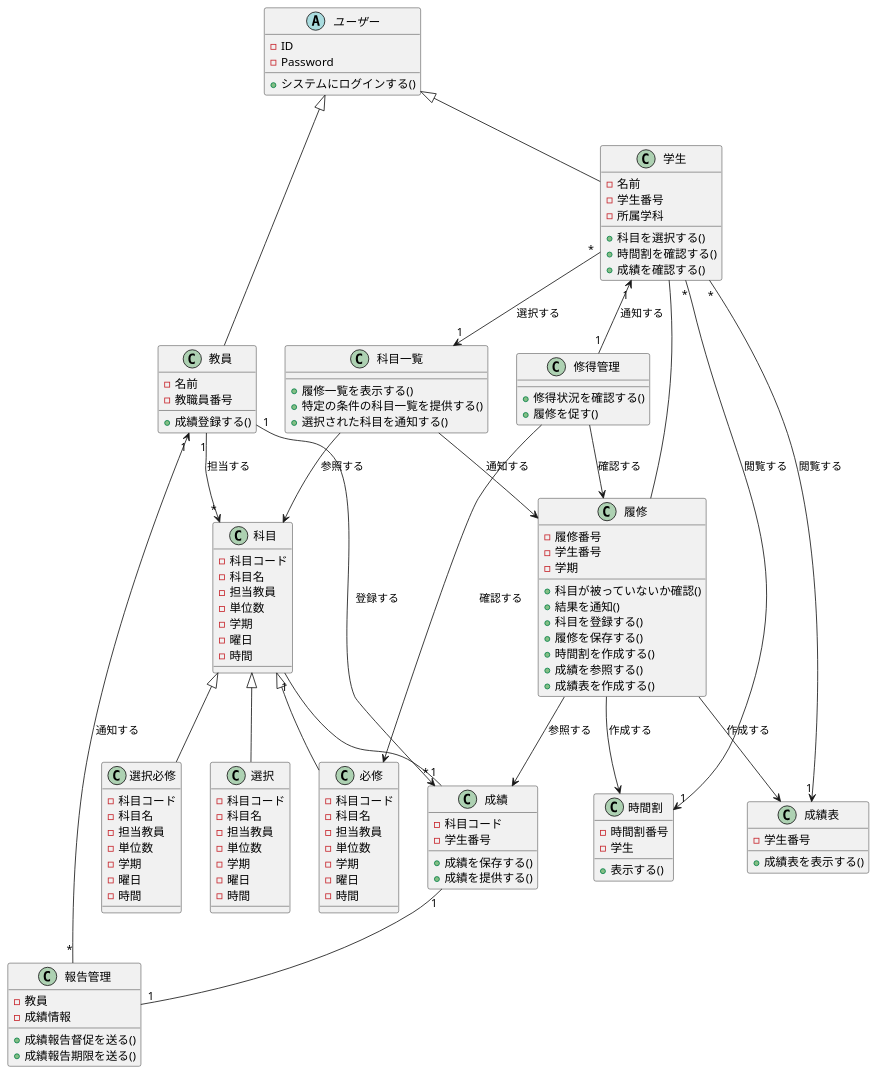
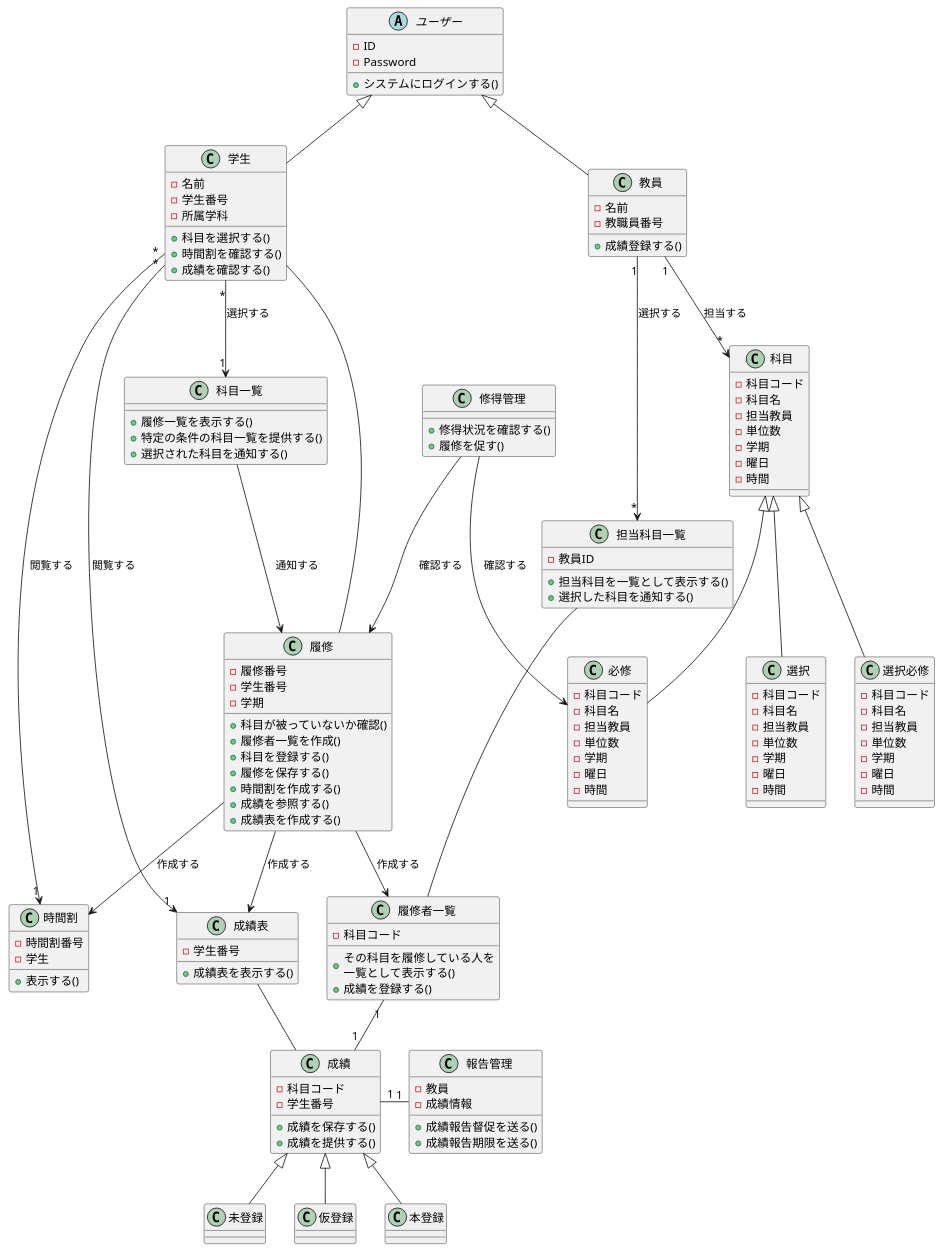
Before and after one commit to tanusai646/software-desine: the diagram in uml/15/class1.puml, drawn with PlantUML. The commit also changed 1 other file, not shown here.

Commit message:
クラス図よくわからなくなってる

```diff
--- a/uml/15/class1.puml
+++ b/uml/15/class1.puml
@@ -1,155 +1,186 @@
 @startuml クラス図1
 '分析段階のクラス図'
 
 
 'クラス'
 abstract ユーザー{
     - ID
     - Password
     + システムにログインする()
 }
 
 '学生クラスは学生の名前や学生番号が属性として保存されている．
 '科目の選択や時間割を確認等の動作を行う
 class 学生{
     - 名前
     - 学生番号
     - 所属学科
     + 科目を選択する()
     + 時間割を確認する()
     + 成績を確認する()
 }
 
 class 教員{
     - 名前
     - 教職員番号
     + 成績登録する()
 }
 
 '履修クラスはある学生がどの科目を履修したかを表すクラスである．学生毎に作成されることを想定している
 'このクラスで成績表や時間割が作成されることを想定している．
 '成績クラスを参照し，成績も一緒に保存することを想定する
 class 履修{
     - 履修番号
     - 学生番号
     - 学期
     + 科目が被っていないか確認()
-    + 結果を通知()
+    + 履修者一覧を作成()
     + 科目を登録する()
     + 履修を保存する()
     + 時間割を作成する()
     + 成績を参照する()
     + 成績表を作成する()
 }
 
 '科目一覧クラスは科目クラスを参照し特定(曜日や時間)で合致する科目を一覧と表示や選択された科目を通知するクラスである．
 class 科目一覧{
     + 履修一覧を表示する()
     + 特定の条件の科目一覧を提供する()
     + 選択された科目を通知する()
+}
+
+'担当科目一覧は教員が担当している科目を一覧として表示するために使用するクラスである．
+class 担当科目一覧{
+    - 教員ID
+    + 担当科目を一覧として表示する()
+    + 選択した科目を通知する()
+}
+
+class 履修者一覧{
+    - 科目コード
+    + その科目を履修している人を\n一覧として表示する()
+    + 成績を登録する()
 }
 
 '科目クラスには科目コード毎に作成される
 '学期，曜日，時間等の情報が属性として保存されている．
 '所属学科によって科目の分類が異なるので関連クラスとして定義されている
 class 科目{
     - 科目コード
     - 科目名
     - 担当教員
     - 単位数
     - 学期
     - 曜日
     - 時間
 }
 
 class 必修{
     - 科目コード
     - 科目名
     - 担当教員
     - 単位数
     - 学期
     - 曜日
     - 時間
 }
 
 class 選択必修{
     - 科目コード
     - 科目名
     - 担当教員
     - 単位数
     - 学期
     - 曜日
     - 時間  
 }
 
 class 選択{
     - 科目コード
     - 科目名
     - 担当教員
     - 単位数
     - 学期
     - 曜日
     - 時間
 }
 
 class 成績{
     - 科目コード
     - 学生番号
     + 成績を保存する()
     + 成績を提供する()
 }
 
+class 未登録{
+
+}
+
+class 仮登録{
+
+}
+
+class 本登録{
+
+}
+
 '履修クラスから作成され，学生から閲覧されることを想定している
 class 成績表{
     - 学生番号
     + 成績表を表示する()
 }
 
 '履修クラスから作成され，学生から閲覧されることを想定している
 class 時間割{
     - 時間割番号
     - 学生
     + 表示する()
 }
 
 '科目のうち必修クラスと履修クラスのステータスを確認し，修得できていなかったら修得を促すクラス
 class 修得管理{
     + 修得状況を確認する()
     + 履修を促す()
 }
 
 class 報告管理{
     - 教員
     - 成績情報
     + 成績報告督促を送る()
     + 成績報告期限を送る()
 }
 
 
 '関係'
 ユーザー <|-down- 学生
 ユーザー <|-down- 教員
 
 教員 "1" --> "*" 科目 : 担当する
-教員 "1" --> "*" 成績 : 登録する
-教員 "1" <-- "*" 報告管理 : 通知する
+教員 "1" --> "*" 担当科目一覧 : 選択する
 
 学生 "*" --> "1" 時間割 : 閲覧する
 学生 "*" --> "1" 科目一覧 : 選択する
 学生 -- 履修
 学生 "*" --> "1" 成績表 : 閲覧する
-学生 "1" <-- "1" 修得管理 : 通知する
 
-成績 "1" -- "1" 報告管理
-科目 "1" -- "1" 成績
+成績 "1" -right- "1" 報告管理
+成績 -left- 成績表
+履修者一覧 "1" -- "1" 成績
+担当科目一覧 -- 履修者一覧
 科目一覧 --> 履修 : 通知する
-科目一覧 --> 科目 : 参照する
+
 履修 --> 時間割 : 作成する
 履修 --> 成績表 : 作成する
-履修 --> 成績 : 参照する
+履修 --> 履修者一覧 : 作成する
+
 修得管理 --> 履修 : 確認する
 修得管理 --> 必修 : 確認する
+
 科目 <|-- 必修
 科目 <|-- 選択必修
 科目 <|-- 選択
+
+成績 <|-- 未登録
+成績 <|-- 仮登録
+成績 <|-- 本登録
 @enduml
```
